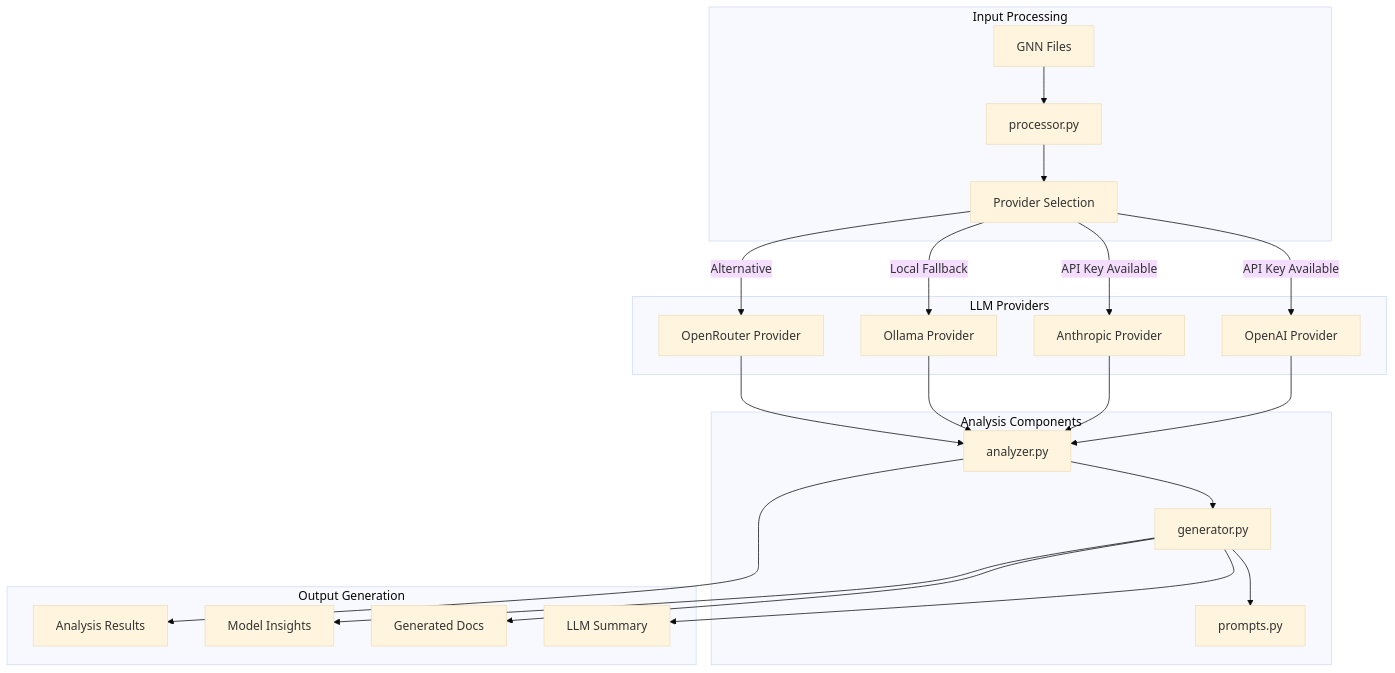
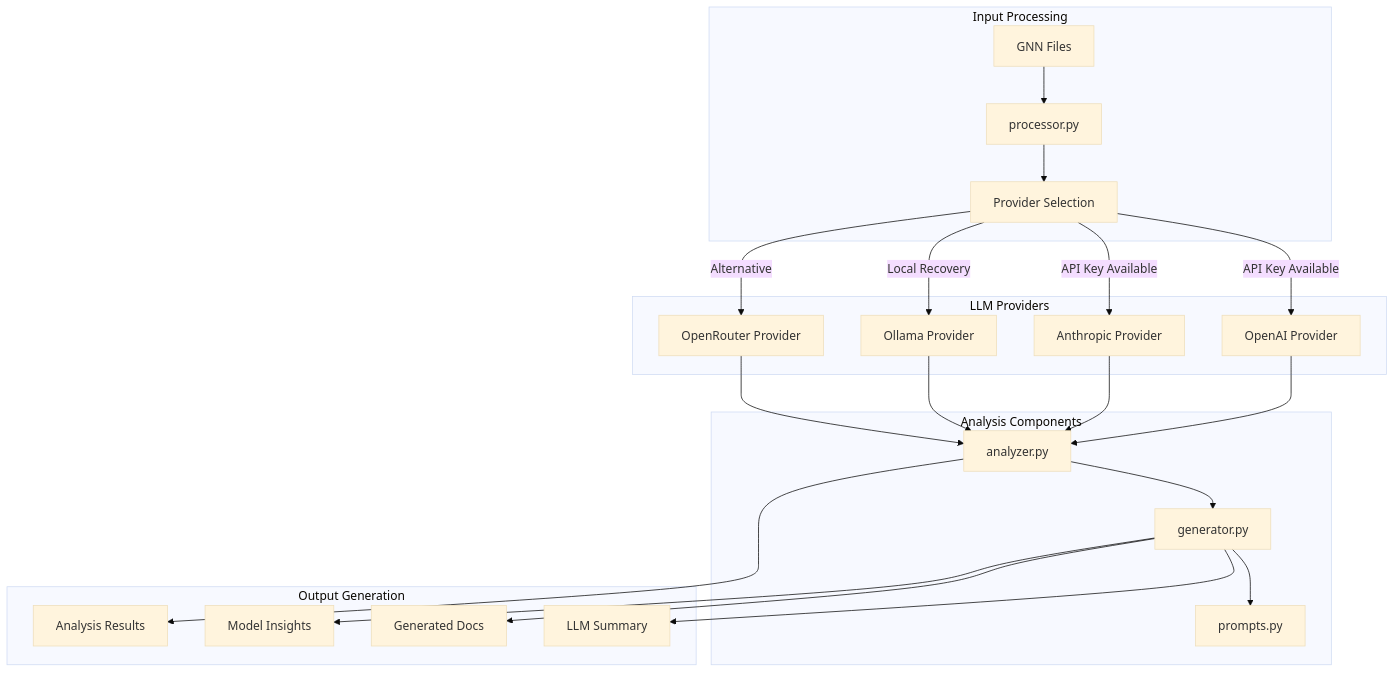
The first of 4 diagrams in src/llm/README.md (ActiveInferenceInstitute/GeneralizedNotationNotation), drawn with Mermaid (base theme) before and after one commit. The commit also changed other lines of this file and 1183 other files, not shown here.

````diff
--- a/src/llm/README.md
+++ b/src/llm/README.md
@@ -28,49 +28,49 @@
 ```mermaid
 graph TB
     subgraph "Input Processing"
         GNNFile[GNN Files]
         Processor[processor.py]
         ProviderSelect[Provider Selection]
     end
     
     subgraph "LLM Providers"
         OpenAI[OpenAI Provider]
         Anthropic[Anthropic Provider]
         Ollama[Ollama Provider]
         OpenRouter[OpenRouter Provider]
     end
     
     subgraph "Analysis Components"
         Analyzer[analyzer.py]
         Generator[generator.py]
         Prompts[prompts.py]
     end
     
     subgraph "Output Generation"
         Analysis[Analysis Results]
         Insights[Model Insights]
         Documentation[Generated Docs]
         Summary[LLM Summary]
     end
     
     GNNFile --> Processor
     Processor --> ProviderSelect
     
     ProviderSelect -->|API Key Available| OpenAI
     ProviderSelect -->|API Key Available| Anthropic
-    ProviderSelect -->|Local Fallback| Ollama
+    ProviderSelect -->|Local Recovery| Ollama
     ProviderSelect -->|Alternative| OpenRouter
     
     OpenAI --> Analyzer
     Anthropic --> Analyzer
     Ollama --> Analyzer
     OpenRouter --> Analyzer
     
     Analyzer --> Generator
     Generator --> Prompts
     
     Analyzer --> Analysis
     Generator --> Insights
     Generator --> Documentation
     Generator --> Summary
 ```
````
